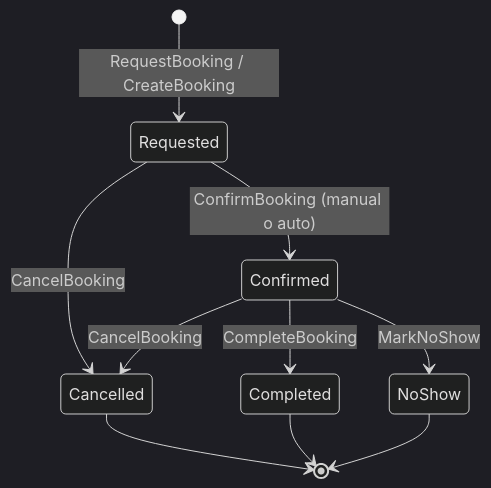
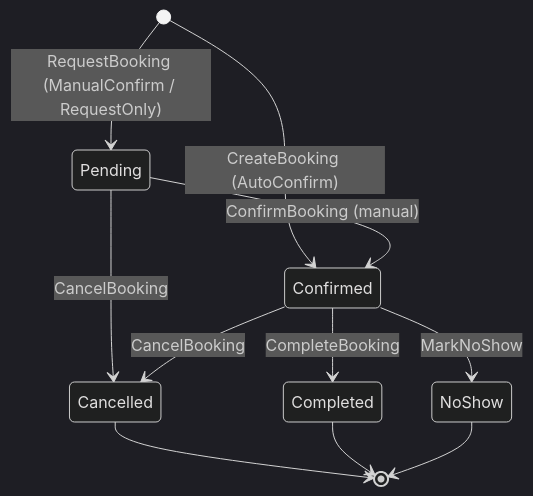
One commit to vytehub/vt-docs-public changed the diagram in docs/01-domain-behavior/02-lifecycles/booking-lifecycle.md. Above: the diagram before and after it, drawn with Mermaid (dark theme). The commit also changed other lines of this file and 5 other files, not shown here.

````diff
--- a/docs/01-domain-behavior/02-lifecycles/booking-lifecycle.md
+++ b/docs/01-domain-behavior/02-lifecycles/booking-lifecycle.md
@@ -22,12 +22,13 @@
 ```mermaid
 stateDiagram-v2
-  [*] --> Requested : RequestBooking / CreateBooking
-  Requested --> Confirmed : ConfirmBooking (manual o auto)
-  Requested --> Cancelled : CancelBooking
+  [*] --> Pending : RequestBooking (ManualConfirm / RequestOnly)
+  [*] --> Confirmed : CreateBooking (AutoConfirm)
+  Pending --> Confirmed : ConfirmBooking (manual)
+  Pending --> Cancelled : CancelBooking
   Confirmed --> Completed : CompleteBooking
   Confirmed --> Cancelled : CancelBooking
   Confirmed --> NoShow : MarkNoShow
   Cancelled --> [*]
   Completed --> [*]
   NoShow --> [*]
 ```
````
